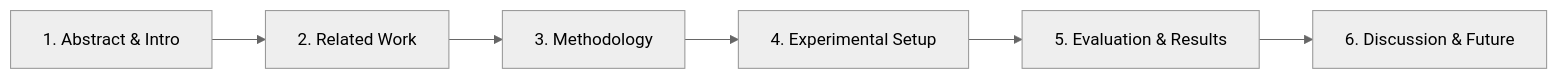
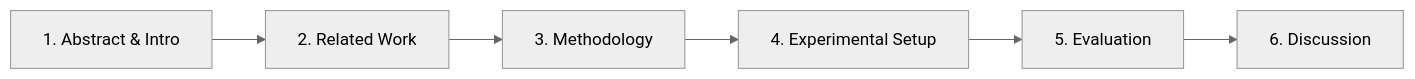
The tenth of 10 diagrams in ThesisDocs/July_16_Progress.md (bhattadiCS/research-thesis-overthinking-boundary), drawn with Mermaid (neutral theme) before and after one commit. The commit also changed other lines of this file and 2 other files, not shown here.

````diff
--- a/ThesisDocs/July_16_Progress.md
+++ b/ThesisDocs/July_16_Progress.md
@@ -349,8 +178,4 @@
 ```mermaid
 graph LR
-    S1[1. Abstract & Intro] --> S2[2. Related Work]
-    S2 --> S3[3. Methodology]
-    S3 --> S4[4. Experimental Setup]
-    S4 --> S5[5. Evaluation & Results]
-    S5 --> S6[6. Discussion & Future]
+    S1[1. Abstract & Intro] --> S2[2. Related Work] --> S3[3. Methodology] --> S4[4. Experimental Setup] --> S5[5. Evaluation] --> S6[6. Discussion]
 ```
````
